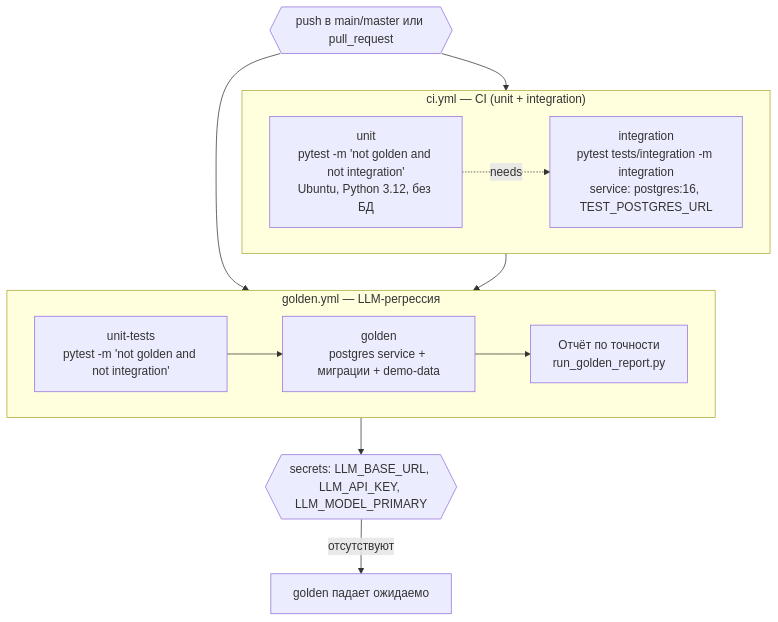
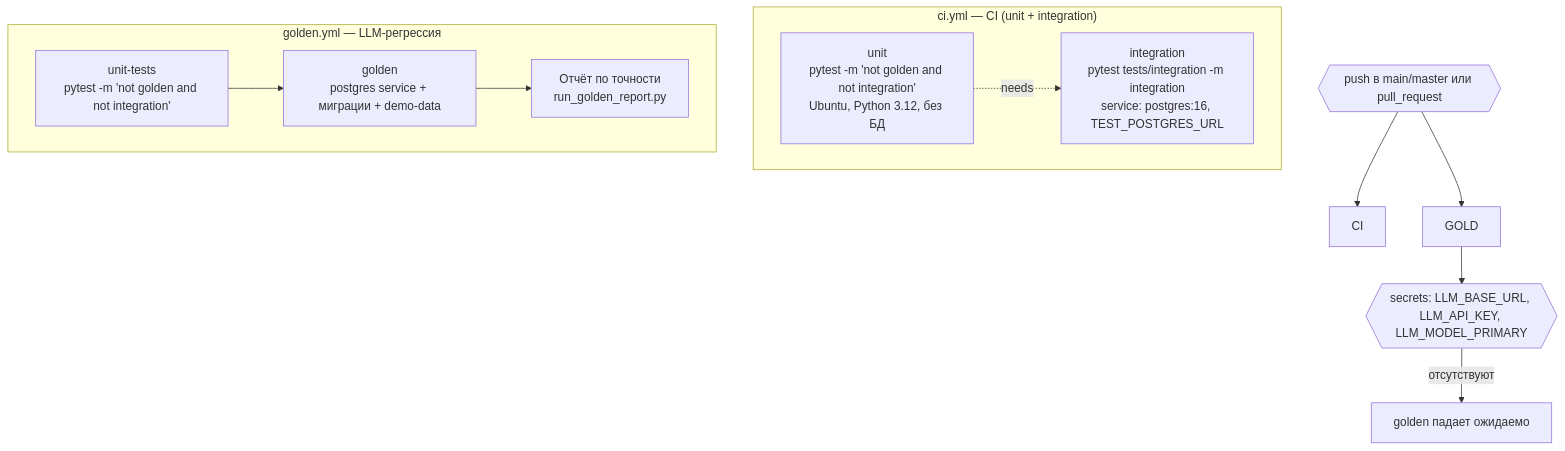
One commit to kostIT13/EVRAZ_ExcelAgent changed the first of 2 diagrams in diagrams/ci_cd.md. Above: the diagram before and after it, drawn with Mermaid. The commit also changed 11 other files, not shown here.

Commit message:
fix diagrams

````diff
--- a/diagrams/ci_cd.md
+++ b/diagrams/ci_cd.md
@@ -6,26 +6,25 @@
 ```mermaid
 flowchart TD
     TRIGGER{{"push в main/master или pull_request"}} --> CI
 
-    subgraph CI ["ci.yml — CI (unit + integration)"]
-        U[unit<br/>pytest -m 'not golden and not integration'<br/>Ubuntu, Python 3.12, без БД]
-        I[integration<br/>pytest tests/integration -m integration<br/>service: postgres:16, TEST_POSTGRES_URL]
+    subgraph CIJOB ["ci.yml — CI (unit + integration)"]
+        U["unit<br/>pytest -m 'not golden and not integration'<br/>Ubuntu, Python 3.12, без БД"]
+        I["integration<br/>pytest tests/integration -m integration<br/>service: postgres:16, TEST_POSTGRES_URL"]
     end
 
     TRIGGER --> GOLD
 
-    CI --> GOLD
     U -. "needs" .-> I
 
-    subgraph GOLD ["golden.yml — LLM-регрессия"]
-        U2[unit-tests<br/>pytest -m 'not golden and not integration']
-        G[golden<br/>postgres service + миграции + demo-data]
-        G2[Отчёт по точности<br/>run_golden_report.py]
+    subgraph GOLDJOB ["golden.yml — LLM-регрессия"]
+        U2["unit-tests<br/>pytest -m 'not golden and not integration'"]
+        G["golden<br/>postgres service + миграции + demo-data"]
+        G2["Отчёт по точности<br/>run_golden_report.py"]
     end
 
-    GOLD --> SEC{{secrets: LLM_BASE_URL, LLM_API_KEY, LLM_MODEL_PRIMARY}}
-    SEC -- отсутствуют --> GFALL[golden падает ожидаемо]
+    GOLD --> SEC{{"secrets: LLM_BASE_URL, LLM_API_KEY, LLM_MODEL_PRIMARY"}}
+    SEC -- "отсутствуют" --> GFALL["golden падает ожидаемо"]
 
     U2 --> G
     G --> G2
 ```
````
